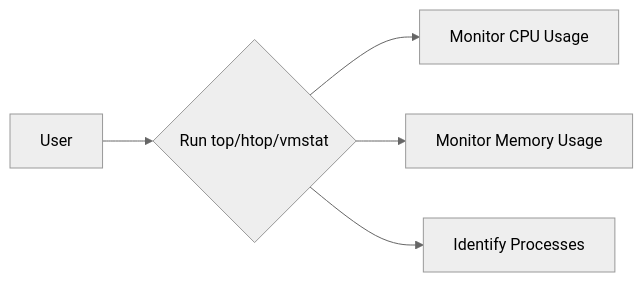
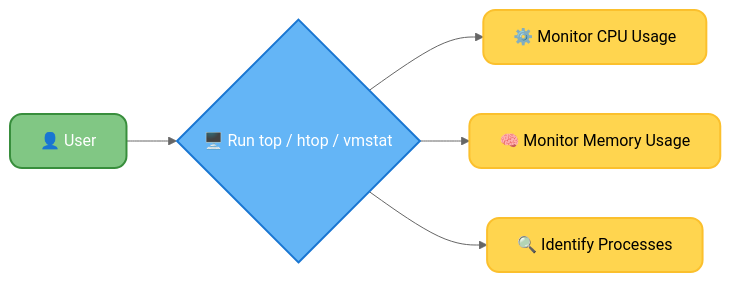
One commit to infoyouth/infoyouth.github.io changed the first of 2 diagrams in _posts/2025-04-06-12.-system-monitoring,-automation,-and-performance-optimization.md. Above: the diagram before and after it, drawn with Mermaid (neutral theme). The commit also changed other lines of this file, not shown here.

````diff
--- a/_posts/2025-04-06-12.-system-monitoring,-automation,-and-performance-optimization.md
+++ b/_posts/2025-04-06-12.-system-monitoring,-automation,-and-performance-optimization.md
@@ -68,7 +68,18 @@
 ```mermaid
 graph LR
-    A[User] --> B{Run top/htop/vmstat};
-    B --> C[Monitor CPU Usage];
-    B --> D[Monitor Memory Usage];
-    B --> E[Identify Processes];
+    A["👤 User"] --> B{"🖥️ Run top / htop / vmstat"};
+    B --> C["⚙️ Monitor CPU Usage"];
+    B --> D["🧠 Monitor Memory Usage"];
+    B --> E["🔍 Identify Processes"];
+
+    %% Class Definitions
+    classDef user fill:#81C784,stroke:#388E3C,color:#fff,stroke-width:2px,rx:12px;
+    classDef action fill:#64B5F6,stroke:#1976D2,color:#fff,stroke-width:2px,rx:12px;
+    classDef monitor fill:#FFD54F,stroke:#FBC02D,color:#000,stroke-width:2px,rx:12px;
+
+    %% Apply Classes
+    class A user;
+    class B action;
+    class C,D,E monitor;
+
 ```
````
